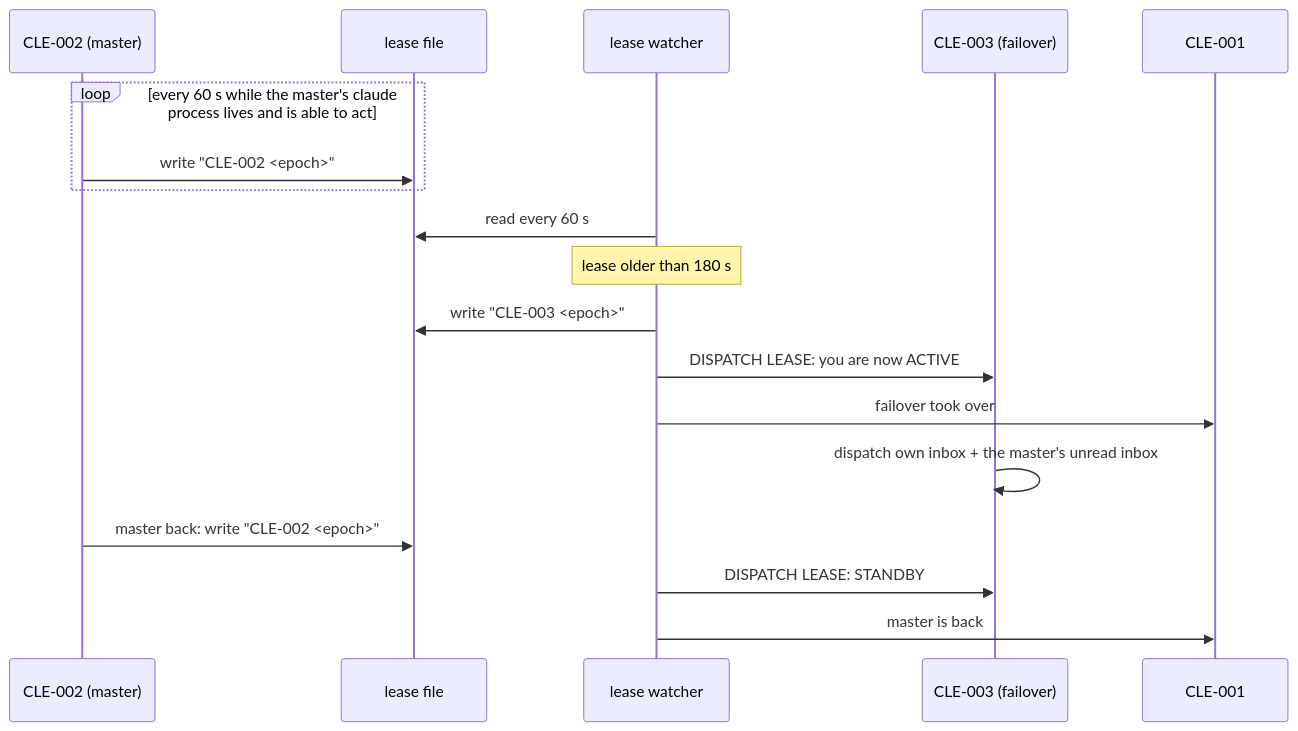
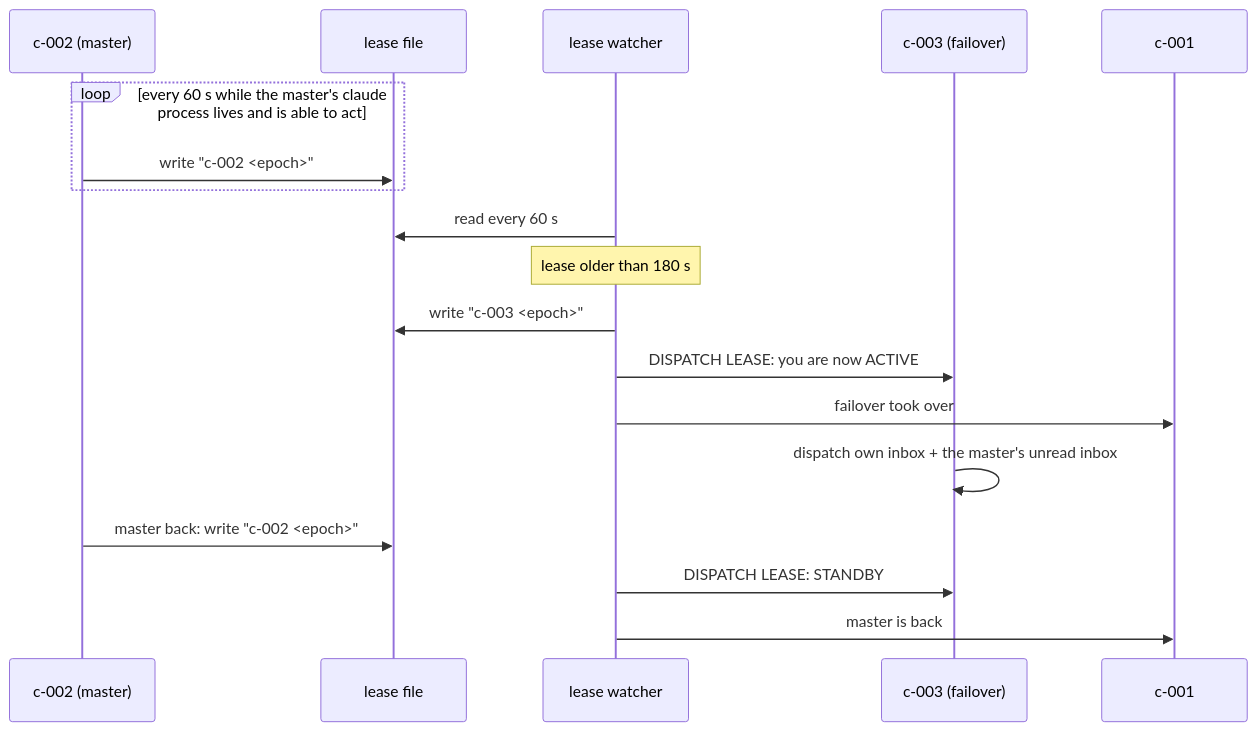
The diagram in csi-spl-doc/doc/md/SPEC-spool-fleet-roles.md (csitea/csi-spl), drawn with Mermaid before and after one commit. The commit also changed other lines of this file and 9 other files, not shown here.

````diff
--- a/csi-spl-doc/doc/md/SPEC-spool-fleet-roles.md
+++ b/csi-spl-doc/doc/md/SPEC-spool-fleet-roles.md
@@ -151,20 +154,20 @@
 ```mermaid
 sequenceDiagram
-    participant M as CLE-002 (master)
+    participant M as c-002 (master)
     participant L as lease file
     participant W as lease watcher
-    participant F as CLE-003 (failover)
-    participant O as CLE-001
+    participant F as c-003 (failover)
+    participant O as c-001
     loop every 60 s while the master's claude process lives and is able to act
-        M->>L: write "CLE-002 <epoch>"
+        M->>L: write "c-002 <epoch>"
     end
     W->>L: read every 60 s
     Note over W: lease older than 180 s
-    W->>L: write "CLE-003 <epoch>"
+    W->>L: write "c-003 <epoch>"
     W->>F: DISPATCH LEASE: you are now ACTIVE
     W->>O: failover took over
     F->>F: dispatch own inbox + the master's unread inbox
-    M->>L: master back: write "CLE-002 <epoch>"
+    M->>L: master back: write "c-002 <epoch>"
     W->>F: DISPATCH LEASE: STANDBY
     W->>O: master is back
 ```
````
